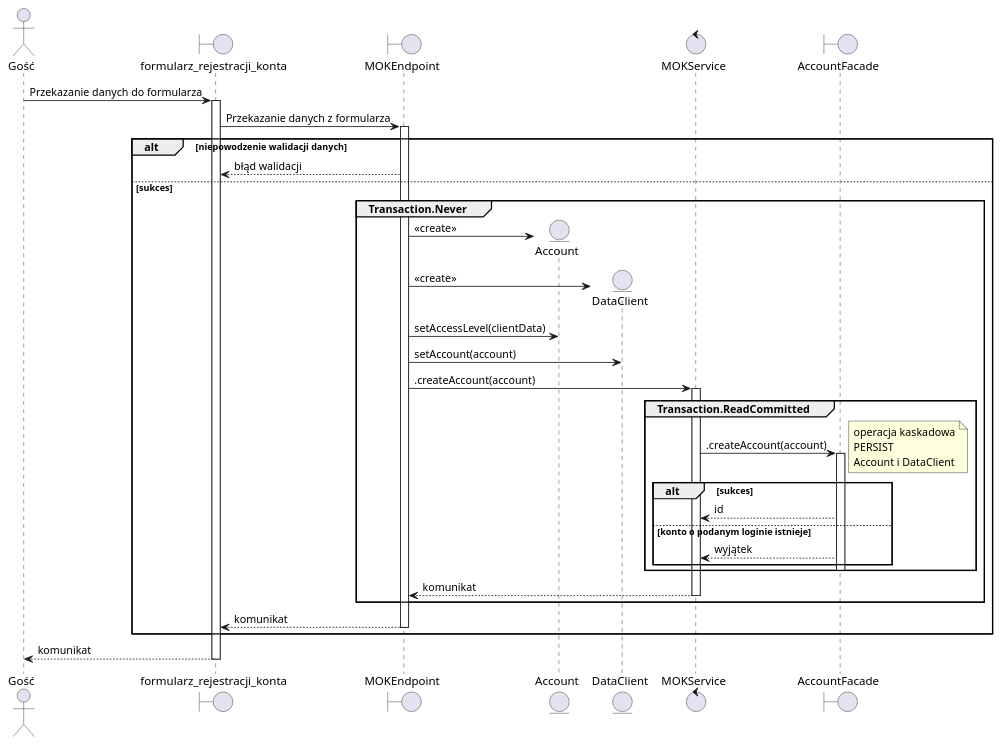
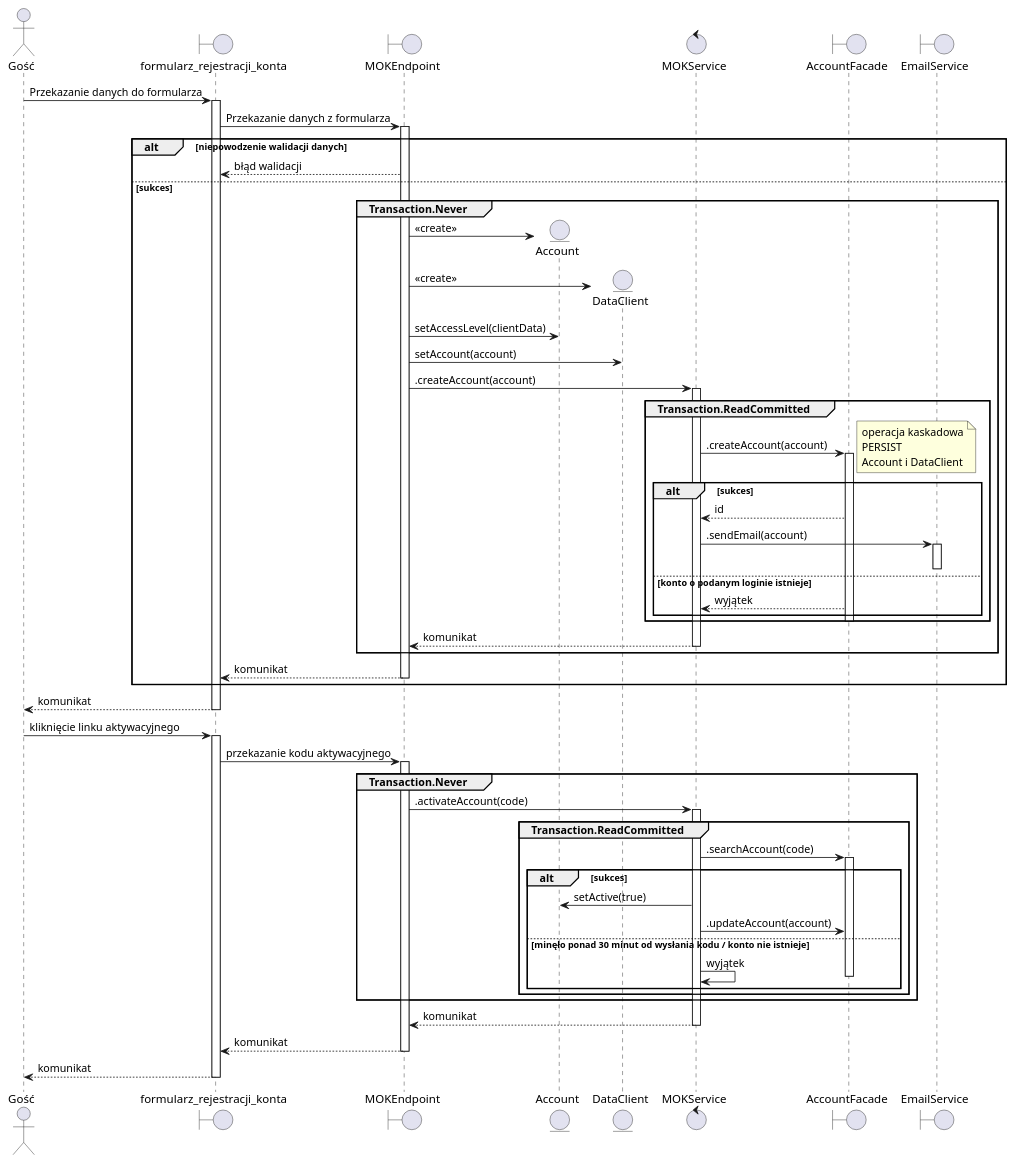
One commit to TheVivent-Politechnika-Lodzka/ssbd03_kic_uml changed the diagram in src/rozdział 7/mok1.puml. Above: the diagram before and after it, drawn with PlantUML. The commit also changed other lines of this file and 1 other file, not shown here.

```diff
--- a/src/rozdział 7/mok1.puml
+++ b/src/rozdział 7/mok1.puml
@@ -1,53 +1,77 @@
 @startuml MOK.1
 
 actor Gość as guest
 boundary formularz_rejestracji_konta as gui
 boundary MOKEndpoint as endpoint
 entity Account as account
 entity DataClient as clientData
 control MOKService as service
 boundary AccountFacade as accFacade
+boundary EmailService as emailService
 
 guest -> gui ++ : Przekazanie danych do formularza
 gui -> endpoint ++ : Przekazanie danych z formularza
 
 alt niepowodzenie walidacji danych
     endpoint --> gui : błąd walidacji
 else sukces
     group Transaction.Never
 
         endpoint -> account **: <<create>>
         endpoint -> clientData **: <<create>>
         endpoint -> account : setAccessLevel(clientData)
         endpoint -> clientData: setAccount(account)
         endpoint -> service ++ : .createAccount(account)
 
         group Transaction.ReadCommitted
             service -> accFacade ++: .createAccount(account)
             note right
                 operacja kaskadowa
                 PERSIST
                 Account i DataClient
             end note
 
             alt sukces
                 accFacade --> service : id
+                service -> emailService ++: .sendEmail(account)
+                deactivate
             else konto o podanym loginie istnieje
                 accFacade --> service : wyjątek
             end
 
             deactivate accFacade
             
         end
 
         return komunikat
 
     end
     
     return komunikat
 end
 
 return komunikat
 
+guest -> gui ++: kliknięcie linku aktywacyjnego
+gui -> endpoint ++: przekazanie kodu aktywacyjnego
+group Transaction.Never
+    endpoint -> service ++: .activateAccount(code)
+    
+    group Transaction.ReadCommitted
+        service -> accFacade ++: .searchAccount(code)
+
+        alt sukces
+            service -> account: setActive(true)
+            service -> accFacade : .updateAccount(account)
+        else minęło ponad 30 minut od wysłania kodu / konto nie istnieje
+            service -> service : wyjątek
+            deactivate 
+        end
+
+    end
+end
+return komunikat
+return komunikat
+return komunikat
 
 @enduml
```
